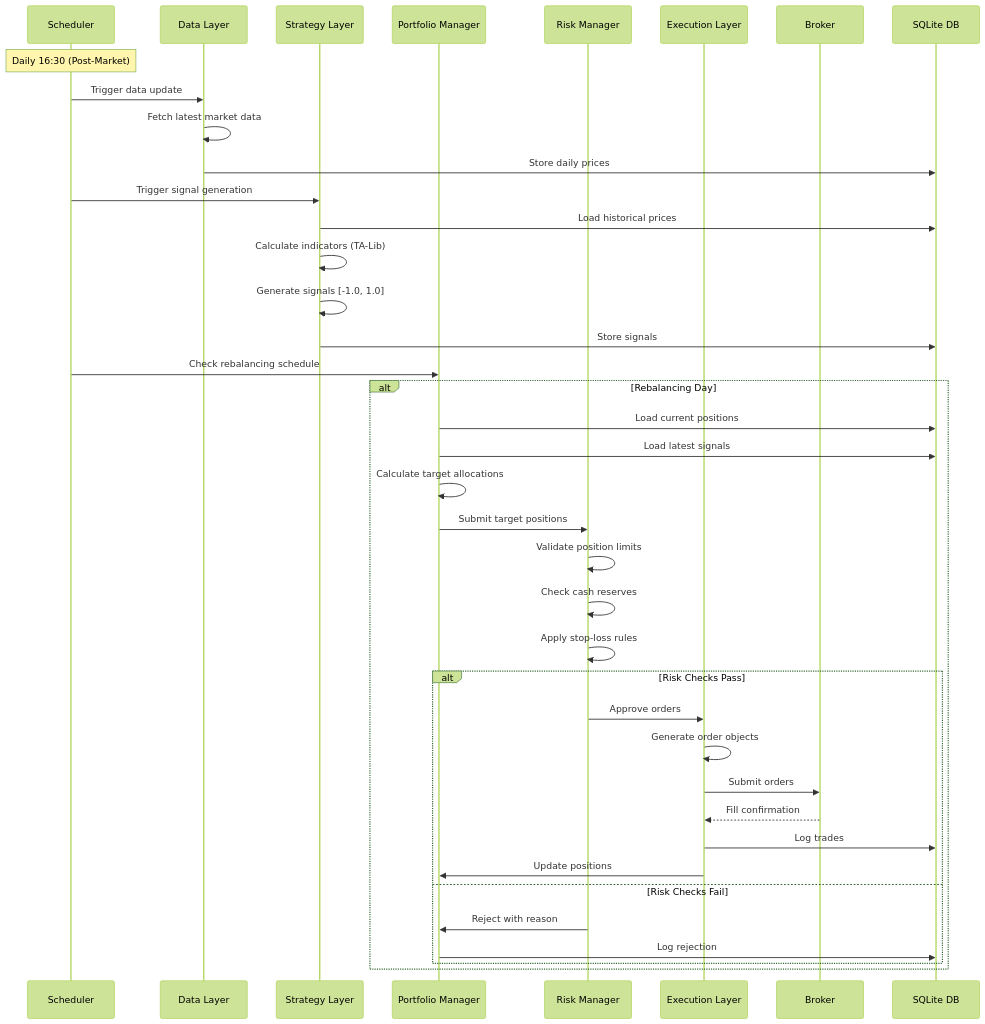
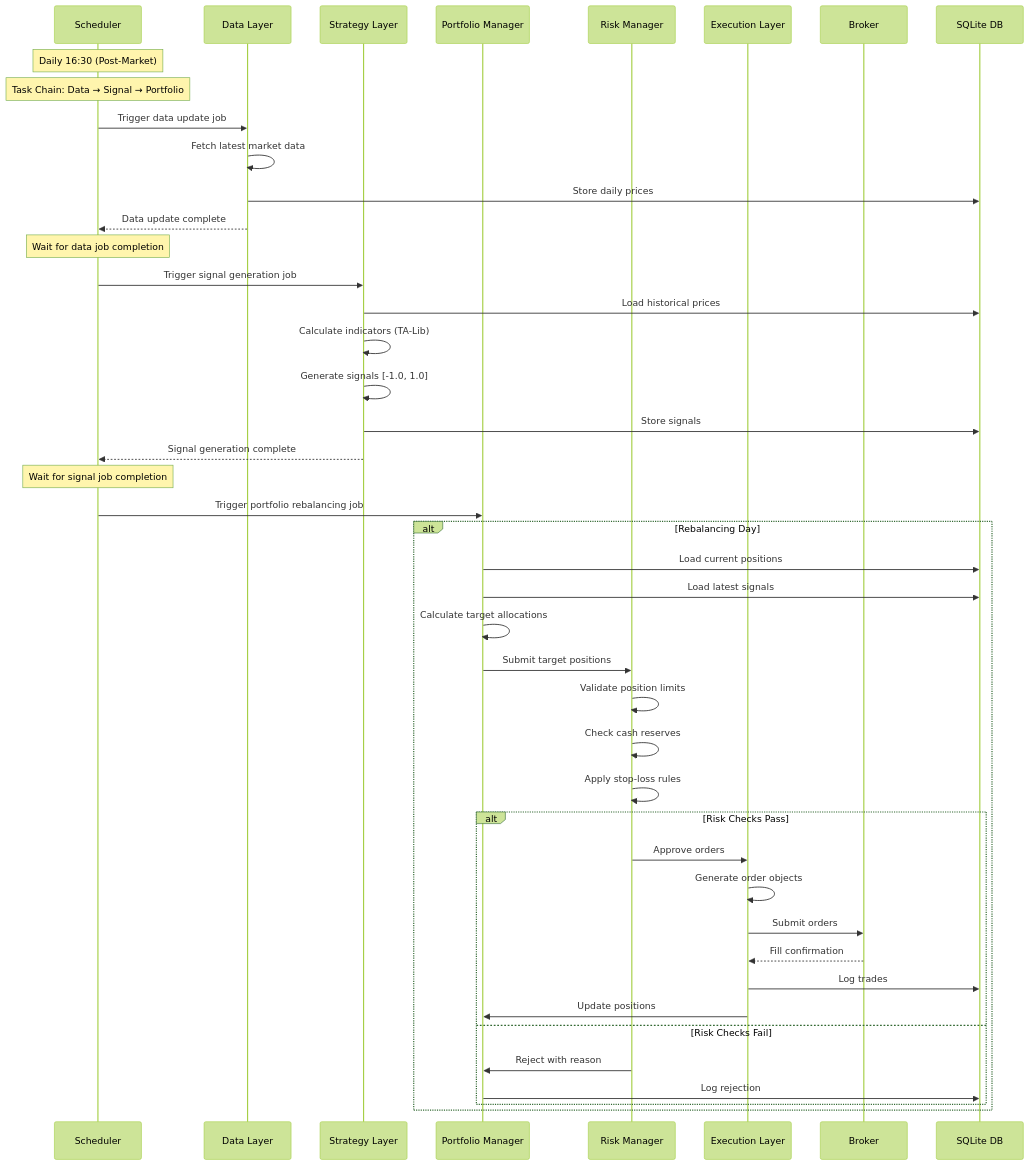
The second of 5 diagrams in agent/architecture-overview.md (mamin506/ai-trader), drawn with Mermaid (forest theme) before and after one commit. The commit also changed other lines of this file and 8 other files, not shown here.

First line of the commit message:
docs: add development plan and update architecture docs

````diff
--- a/agent/architecture-overview.md
+++ b/agent/architecture-overview.md
@@ -57,46 +57,52 @@
 ```mermaid
 sequenceDiagram
     participant S as Scheduler
     participant D as Data Layer
     participant ST as Strategy Layer
     participant P as Portfolio Manager
     participant R as Risk Manager
     participant E as Execution Layer
     participant B as Broker
     participant DB as SQLite DB
 
     Note over S: Daily 16:30 (Post-Market)
-    S->>D: Trigger data update
+    Note over S: Task Chain: Data → Signal → Portfolio
+
+    S->>D: Trigger data update job
     D->>D: Fetch latest market data
     D->>DB: Store daily prices
+    D-->>S: Data update complete
 
-    S->>ST: Trigger signal generation
+    Note over S: Wait for data job completion
+    S->>ST: Trigger signal generation job
     ST->>DB: Load historical prices
     ST->>ST: Calculate indicators (TA-Lib)
     ST->>ST: Generate signals [-1.0, 1.0]
     ST->>DB: Store signals
+    ST-->>S: Signal generation complete
 
-    S->>P: Check rebalancing schedule
+    Note over S: Wait for signal job completion
+    S->>P: Trigger portfolio rebalancing job
     alt Rebalancing Day
         P->>DB: Load current positions
         P->>DB: Load latest signals
         P->>P: Calculate target allocations
         P->>R: Submit target positions
 
         R->>R: Validate position limits
         R->>R: Check cash reserves
         R->>R: Apply stop-loss rules
 
         alt Risk Checks Pass
             R->>E: Approve orders
             E->>E: Generate order objects
             E->>B: Submit orders
             B-->>E: Fill confirmation
             E->>DB: Log trades
             E->>P: Update positions
         else Risk Checks Fail
             R->>P: Reject with reason
             P->>DB: Log rejection
         end
     end
 ```
````
